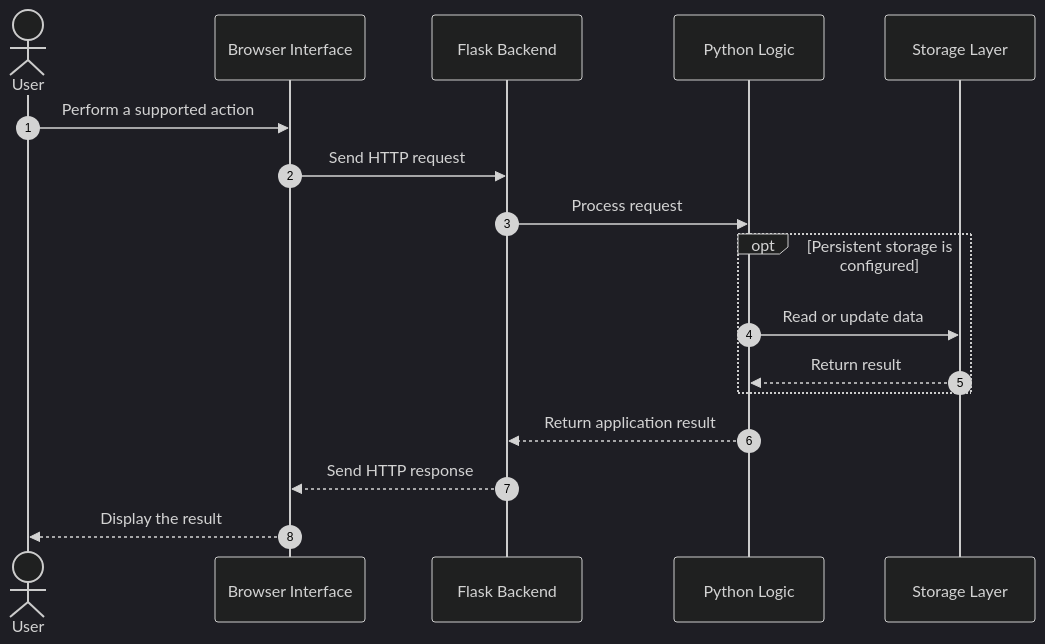
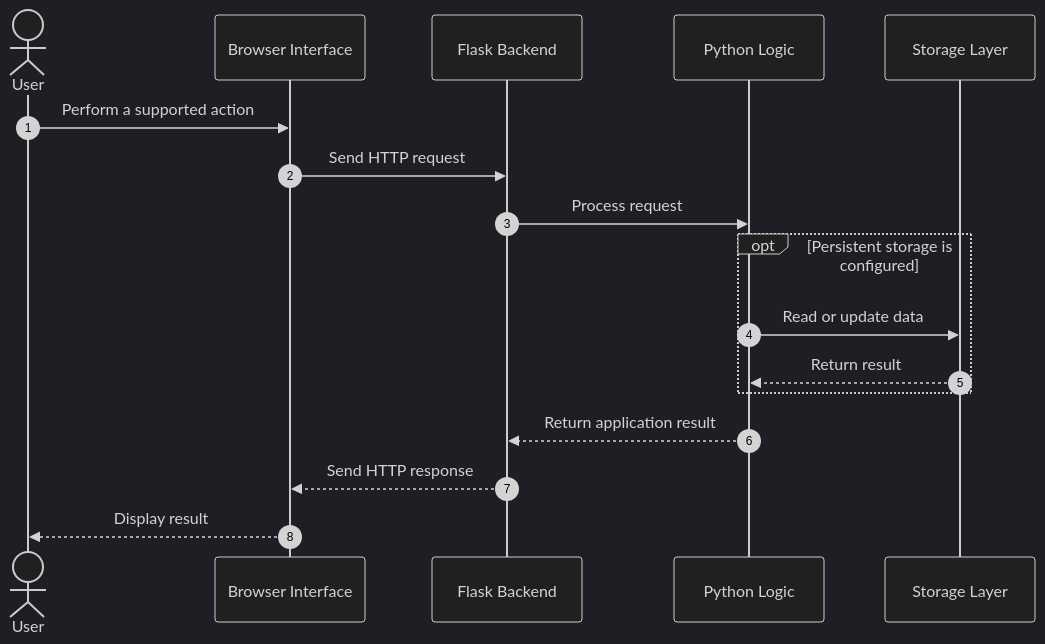
Before and after one commit to maahii-in/first-pratice-2021: the second of 3 diagrams in README.md, drawn with Mermaid (dark theme). The commit also changed other lines of this file, not shown here.

````diff
--- a/README.md
+++ b/README.md
@@ -522,22 +443,22 @@
 ```mermaid
 sequenceDiagram
     autonumber
     actor User
     participant UI as Browser Interface
     participant Flask as Flask Backend
     participant Logic as Python Logic
     participant DB as Storage Layer
 
     User->>UI: Perform a supported action
     UI->>Flask: Send HTTP request
     Flask->>Logic: Process request
 
     opt Persistent storage is configured
         Logic->>DB: Read or update data
         DB-->>Logic: Return result
     end
 
     Logic-->>Flask: Return application result
     Flask-->>UI: Send HTTP response
-    UI-->>User: Display the result
+    UI-->>User: Display result
 ```
````
